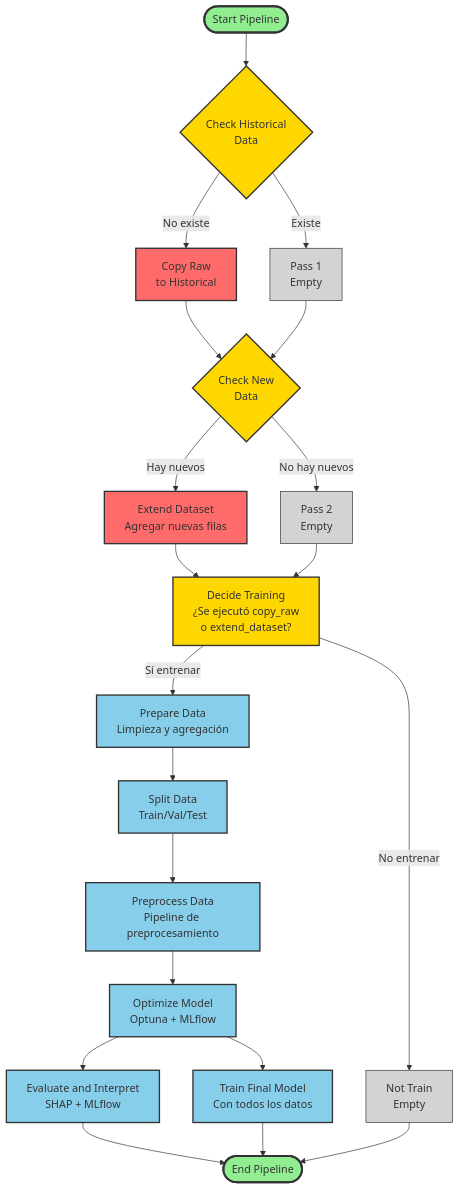
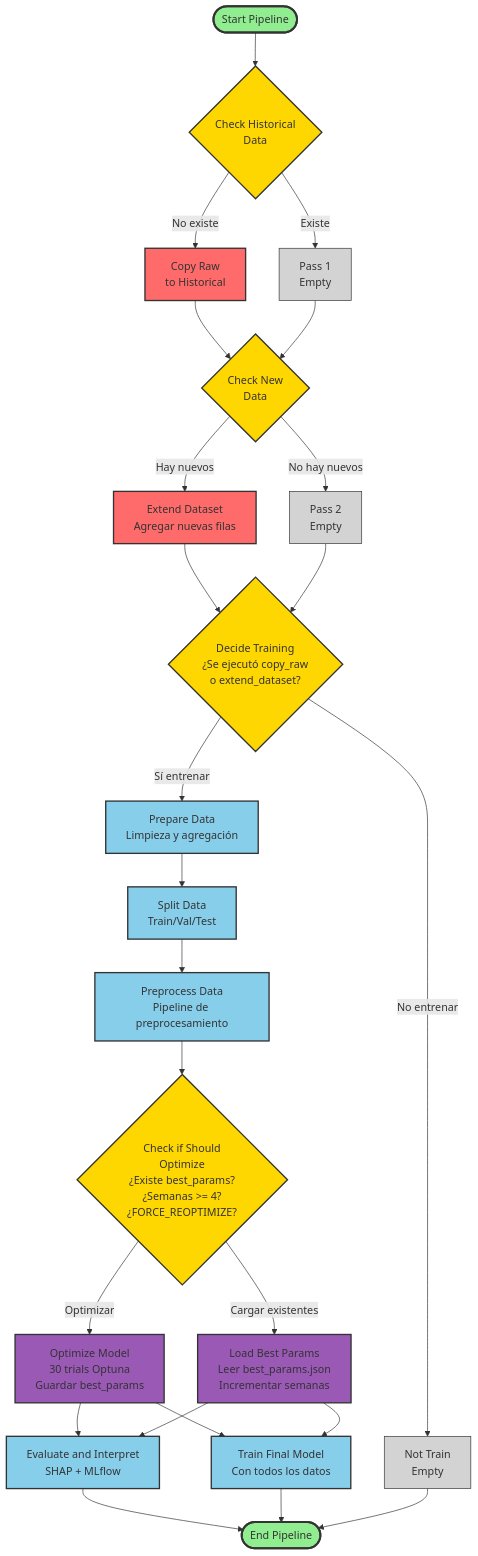
One commit to jesuvalenzuela/NanSquad changed the diagram in Proyecto/entrega2/airflow/diagrama_flujo_dag.md. Above: the diagram before and after it, drawn with Mermaid. The commit also changed other lines of this file and 3 other files, not shown here.

````diff
--- a/Proyecto/entrega2/airflow/diagrama_flujo_dag.md
+++ b/Proyecto/entrega2/airflow/diagrama_flujo_dag.md
@@ -5,51 +5,59 @@
 ```mermaid
 flowchart TD
     Start([Start Pipeline]) --> CheckHist{Check Historical<br/>Data}
-    
+
     %% Primera bifurcación: ¿Existe histórico?
     CheckHist -->|No existe| CopyRaw[Copy Raw<br/>to Historical]
     CheckHist -->|Existe| Pass1[Pass 1<br/>Empty]
-    
+
     %% Ambas ramas convergen
     CopyRaw --> CheckNew{Check New<br/>Data}
     Pass1 --> CheckNew
-    
+
     %% Segunda bifurcación: ¿Hay datos nuevos?
     CheckNew -->|Hay nuevos| ExtendDS[Extend Dataset<br/>Agregar nuevas filas]
     CheckNew -->|No hay nuevos| Pass2[Pass 2<br/>Empty]
-    
+
     %% Ambas ramas convergen
-    ExtendDS --> DecideTrain[Decide Training<br/>¿Se ejecutó copy_raw<br/>o extend_dataset?]
+    ExtendDS --> DecideTrain{Decide Training<br/>¿Se ejecutó copy_raw<br/>o extend_dataset?}
     Pass2 --> DecideTrain
-    
+
     %% Tercera bifurcación: ¿Entrenar modelo?
     DecideTrain -->|Sí entrenar| PrepData[Prepare Data<br/>Limpieza y agregación]
     DecideTrain -->|No entrenar| NotTrain[Not Train<br/>Empty]
-    
+
     %% Flujo de entrenamiento
     PrepData --> Split[Split Data<br/>Train/Val/Test]
     Split --> Preproc[Preprocess Data<br/>Pipeline de preprocesamiento]
-    Preproc --> Optimize[Optimize Model<br/>Optuna + MLflow]
-    
-    %% Bifurcación en paralelo
+
+    %% Cuarta bifurcación: ¿Optimizar hiperparámetros?
+    Preproc --> CheckOptimize{Check if Should<br/>Optimize<br/>¿Existe best_params?<br/>¿Semanas >= 4?<br/>¿FORCE_REOPTIMIZE?}
+    CheckOptimize -->|Optimizar| Optimize[Optimize Model<br/>30 trials Optuna<br/>Guardar best_params]
+    CheckOptimize -->|Cargar existentes| LoadParams[Load Best Params<br/>Leer best_params.json<br/>Incrementar semanas]
+
+    %% Bifurcación en paralelo (cross_downstream)
     Optimize --> Evaluate[Evaluate and Interpret<br/>SHAP + MLflow]
     Optimize --> TrainFinal[Train Final Model<br/>Con todos los datos]
+    LoadParams --> Evaluate
+    LoadParams --> TrainFinal
 
     %% Convergencia final
     Evaluate --> End([End Pipeline])
     TrainFinal --> End
     NotTrain --> End
-    
+
     %% Estilos
     classDef startEnd fill:#90EE90,stroke:#333,stroke-width:3px
     classDef decision fill:#FFD700,stroke:#333,stroke-width:2px
     classDef process fill:#87CEEB,stroke:#333,stroke-width:2px
     classDef empty fill:#D3D3D3,stroke:#333,stroke-width:1px
     classDef important fill:#FF6B6B,stroke:#333,stroke-width:2px
+    classDef smart fill:#9B59B6,stroke:#333,stroke-width:2px
 
     class Start,End startEnd
-    class CheckHist,CheckNew,DecideTrain decision
-    class PrepData,Split,Preproc,Optimize,Evaluate,TrainFinal process
+    class CheckHist,CheckNew,DecideTrain,CheckOptimize decision
+    class PrepData,Split,Preproc,Evaluate,TrainFinal process
     class Pass1,Pass2,NotTrain empty
     class CopyRaw,ExtendDS important
+    class Optimize,LoadParams smart
 ```
````
